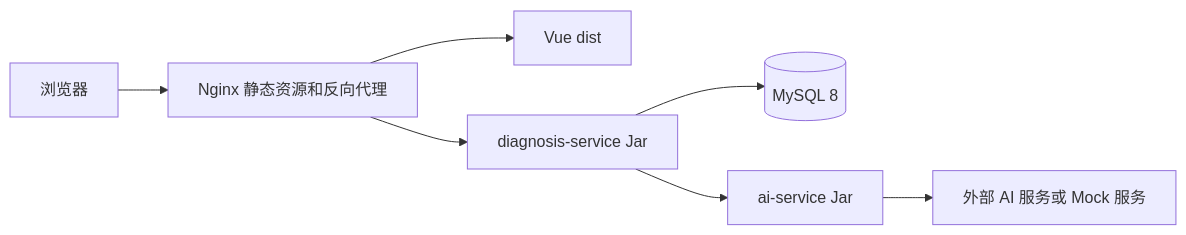
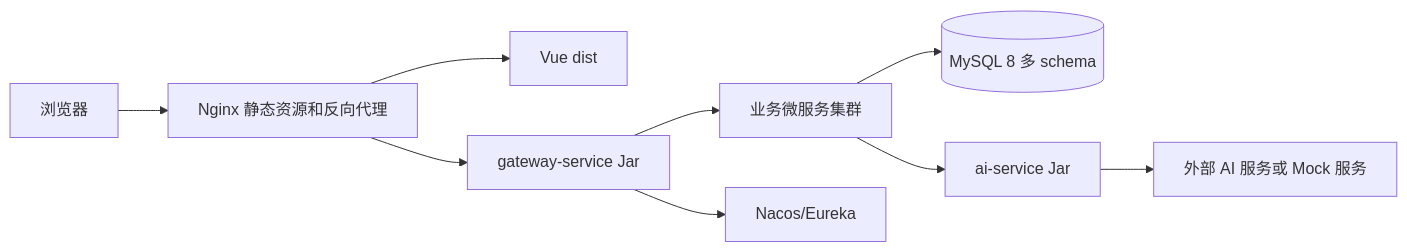
The diagram in docs/13-task-coverage-extension.md (cloudydreamland/smart_cloud_brain), drawn with Mermaid before and after one commit. The commit also changed other lines of this file and 187 other files, not shown here.

````diff
--- a/docs/13-task-coverage-extension.md
+++ b/docs/13-task-coverage-extension.md
@@ -195,9 +198,11 @@
 ```mermaid
 flowchart LR
   Browser[浏览器] --> Nginx[Nginx 静态资源和反向代理]
   Nginx --> VueDist[Vue dist]
-  Nginx --> Diagnosis[diagnosis-service Jar]
-  Diagnosis --> MySQL[(MySQL 8)]
-  Diagnosis --> AiService[ai-service Jar]
+  Nginx --> Gateway[gateway-service Jar]
+  Gateway --> Services[业务微服务集群]
+  Services --> MySQL[(MySQL 8 多 schema)]
+  Services --> AiService[ai-service Jar]
+  Gateway --> Registry[Nacos/Eureka]
   AiService --> AI[外部 AI 服务或 Mock 服务]
 ```
````
